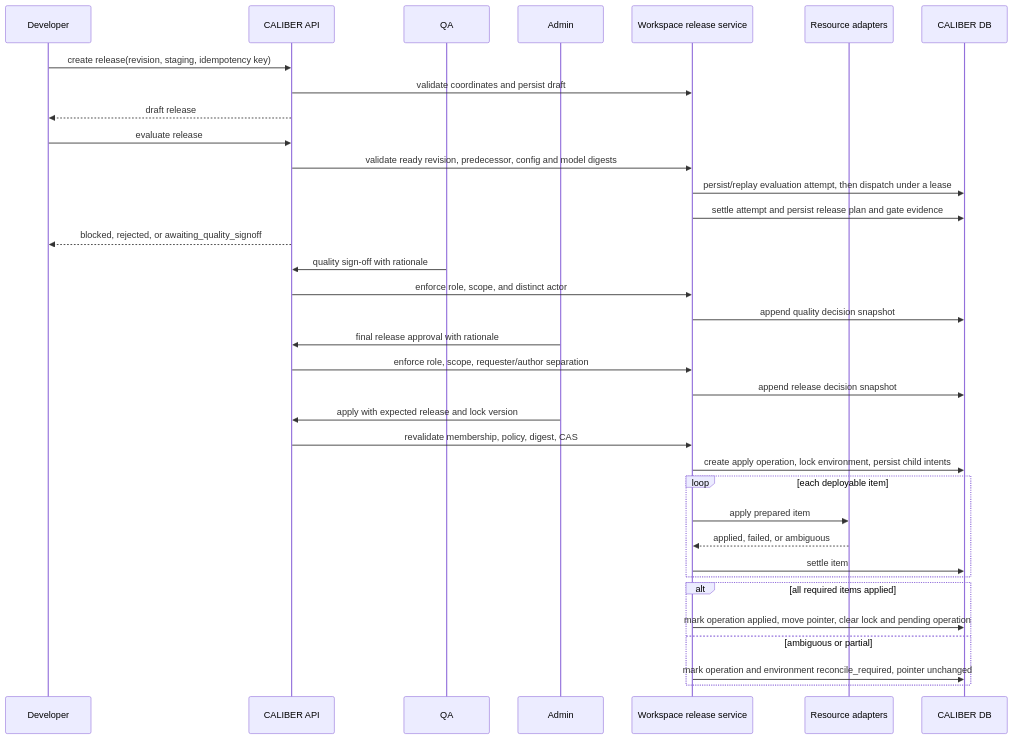
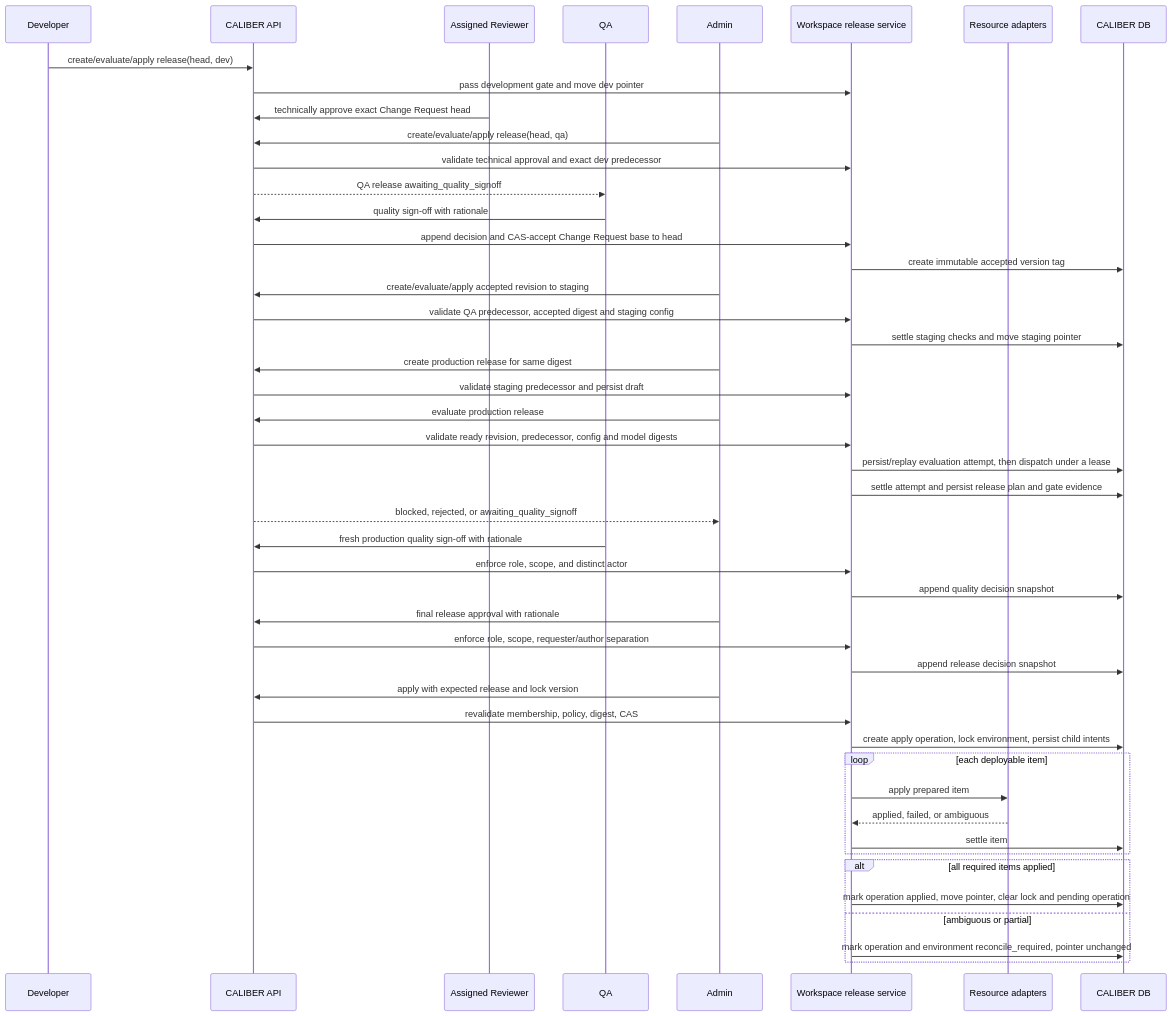
Diagram 12 of 15 in docs/workspace-plan.md (rrahimi-uci/caliber-suite), drawn with Mermaid before and after one commit. The commit also changed other lines of this file, not shown here.

````diff
--- a/docs/workspace-plan.md
+++ b/docs/workspace-plan.md
@@ -1886,38 +2306,50 @@
 ```mermaid
 sequenceDiagram
     participant E as Developer
     participant API as CALIBER API
-    participant R as QA
+    participant R as Assigned Reviewer
+    participant Q as QA
     participant O as Admin
     participant RS as Workspace release service
     participant A as Resource adapters
     participant DB as CALIBER DB
 
-    E->>API: create release(revision, staging, idempotency key)
-    API->>RS: validate coordinates and persist draft
-    API-->>E: draft release
-    E->>API: evaluate release
+    E->>API: create/evaluate/apply release(head, dev)
+    API->>RS: pass development gate and move dev pointer
+    R->>API: technically approve exact Change Request head
+    O->>API: create/evaluate/apply release(head, qa)
+    API->>RS: validate technical approval and exact dev predecessor
+    API-->>Q: QA release awaiting_quality_signoff
+    Q->>API: quality sign-off with rationale
+    API->>RS: append decision and CAS-accept Change Request base to head
+    RS->>DB: create immutable accepted version tag
+    O->>API: create/evaluate/apply accepted revision to staging
+    API->>RS: validate QA predecessor, accepted digest and staging config
+    RS->>DB: settle staging checks and move staging pointer
+    O->>API: create production release for same digest
+    API->>RS: validate staging predecessor and persist draft
+    O->>API: evaluate production release
     API->>RS: validate ready revision, predecessor, config and model digests
     RS->>DB: persist/replay evaluation attempt, then dispatch under a lease
     RS->>DB: settle attempt and persist release plan and gate evidence
-    API-->>E: blocked, rejected, or awaiting_quality_signoff
-    R->>API: quality sign-off with rationale
+    API-->>O: blocked, rejected, or awaiting_quality_signoff
+    Q->>API: fresh production quality sign-off with rationale
     API->>RS: enforce role, scope, and distinct actor
     RS->>DB: append quality decision snapshot
     O->>API: final release approval with rationale
     API->>RS: enforce role, scope, requester/author separation
     RS->>DB: append release decision snapshot
     O->>API: apply with expected release and lock version
     API->>RS: revalidate membership, policy, digest, CAS
     RS->>DB: create apply operation, lock environment, persist child intents
     loop each deployable item
         RS->>A: apply prepared item
         A-->>RS: applied, failed, or ambiguous
         RS->>DB: settle item
     end
     alt all required items applied
         RS->>DB: mark operation applied, move pointer, clear lock and pending operation
     else ambiguous or partial
         RS->>DB: mark operation and environment reconcile_required, pointer unchanged
     end
 ```
````
